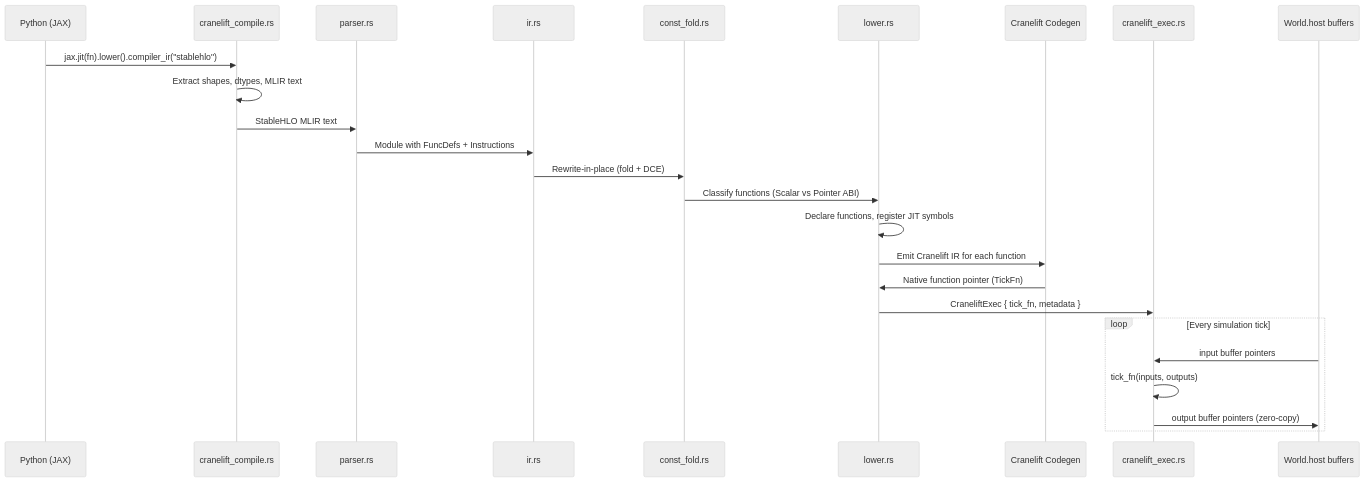
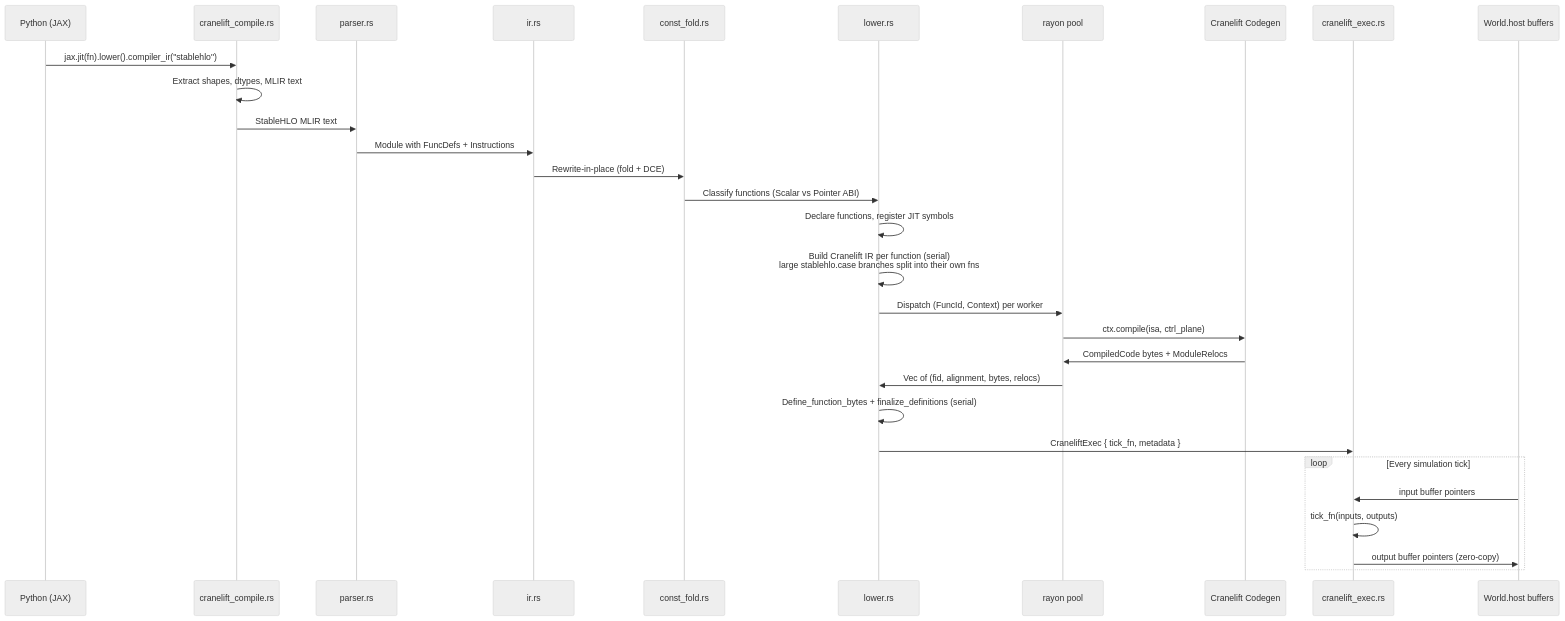
One commit to elodin-sys/elodin changed the first of 4 diagrams in libs/cranelift-mlir/ARCHITECTURE.md. Above: the diagram before and after it, drawn with Mermaid (neutral theme). The commit also changed other lines of this file and 2 other files, not shown here.

Commit message:
split large functions

````diff
--- a/libs/cranelift-mlir/ARCHITECTURE.md
+++ b/libs/cranelift-mlir/ARCHITECTURE.md
@@ -66,29 +66,34 @@
 ```mermaid
 sequenceDiagram
     participant Python as Python (JAX)
     participant Compile as cranelift_compile.rs
     participant Parser as parser.rs
     participant IR as ir.rs
     participant Fold as const_fold.rs
     participant Lower as lower.rs
+    participant Rayon as rayon pool
     participant CL as Cranelift Codegen
     participant Exec as cranelift_exec.rs
     participant World as World.host buffers
 
     Python->>Compile: jax.jit(fn).lower().compiler_ir("stablehlo")
     Compile->>Compile: Extract shapes, dtypes, MLIR text
     Compile->>Parser: StableHLO MLIR text
     Parser->>IR: Module with FuncDefs + Instructions
     IR->>Fold: Rewrite-in-place (fold + DCE)
     Fold->>Lower: Classify functions (Scalar vs Pointer ABI)
     Lower->>Lower: Declare functions, register JIT symbols
-    Lower->>CL: Emit Cranelift IR for each function
-    CL->>Lower: Native function pointer (TickFn)
+    Lower->>Lower: Build Cranelift IR per function (serial)<br/>large stablehlo.case branches split into their own fns
+    Lower->>Rayon: Dispatch (FuncId, Context) per worker
+    Rayon->>CL: ctx.compile(isa, ctrl_plane)
+    CL->>Rayon: CompiledCode bytes + ModuleRelocs
+    Rayon->>Lower: Vec of (fid, alignment, bytes, relocs)
+    Lower->>Lower: Define_function_bytes + finalize_definitions (serial)
     Lower->>Exec: CraneliftExec { tick_fn, metadata }
 
     loop Every simulation tick
         World->>Exec: input buffer pointers
         Exec->>Exec: tick_fn(inputs, outputs)
         Exec->>World: output buffer pointers (zero-copy)
     end
 ```
````
